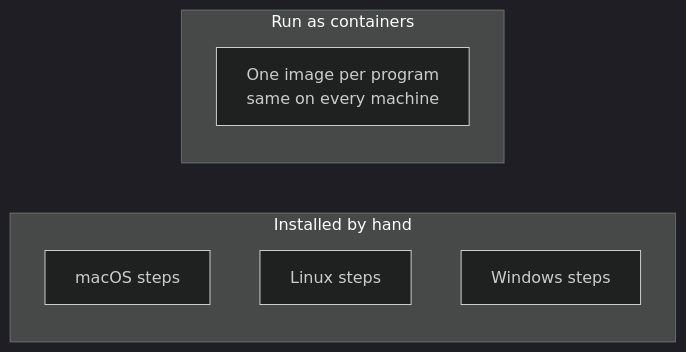
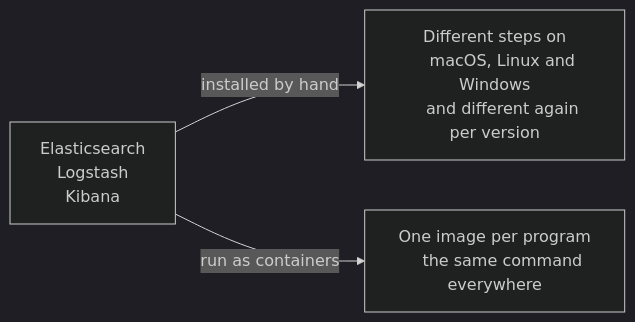
The second of 2 diagrams in Backend Engineering/19-Self-Hosted-Observability/04-The-ELK-Stack.md (Dummy-Bug/system-design-handbook), drawn with Mermaid (dark theme) before and after one commit. The commit also changed 10 other files, not shown here.

````diff
--- a/Backend Engineering/19-Self-Hosted-Observability/04-The-ELK-Stack.md
+++ b/Backend Engineering/19-Self-Hosted-Observability/04-The-ELK-Stack.md
@@ -44,12 +44,11 @@
 ```mermaid
 flowchart LR
-    subgraph BYHAND["Installed by hand"]
-        M["macOS steps"]
-        L["Linux steps"]
-        W["Windows steps"]
-    end
-    subgraph VIACONTAINERS["Run as containers"]
-        I["One image per program
-        same on every machine"]
-    end
+    P["Elasticsearch
+    Logstash
+    Kibana"]
+    P -->|installed by hand| BY["Different steps on
+    macOS, Linux and Windows
+    and different again per version"]
+    P -->|run as containers| CO["One image per program
+    the same command everywhere"]
 ```
````
